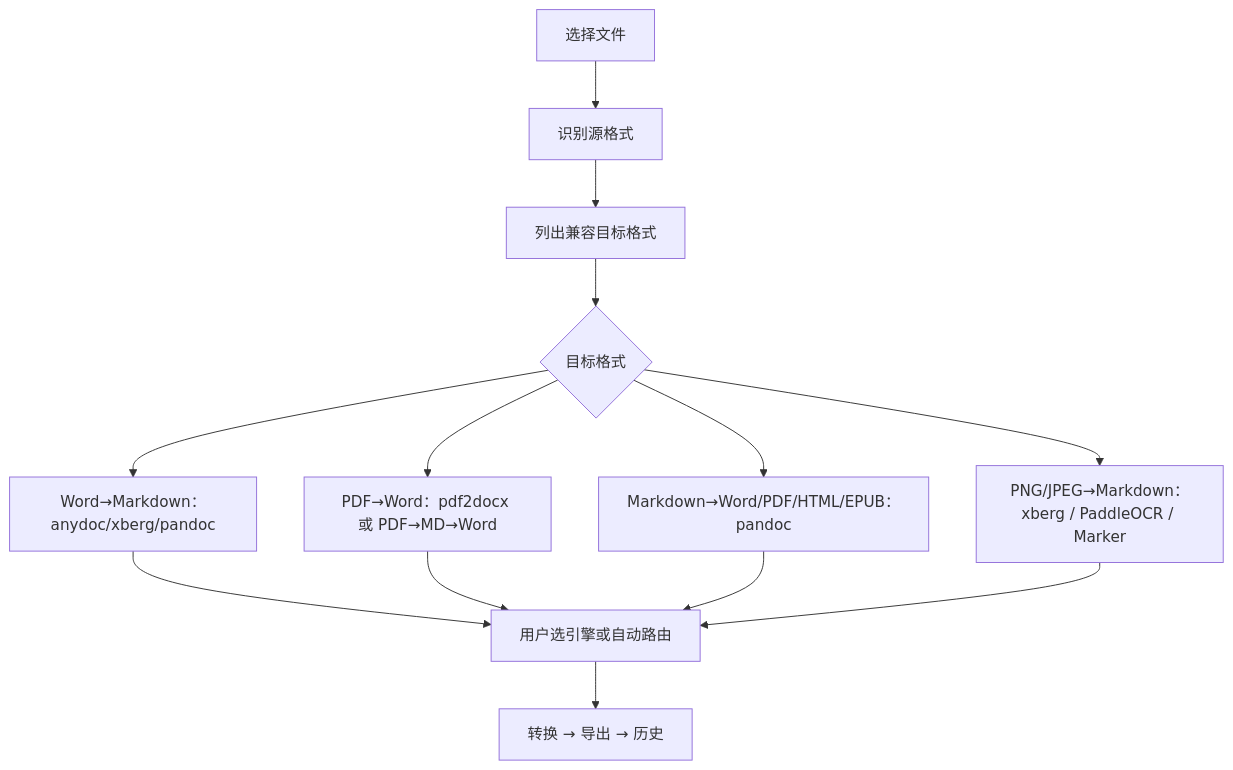
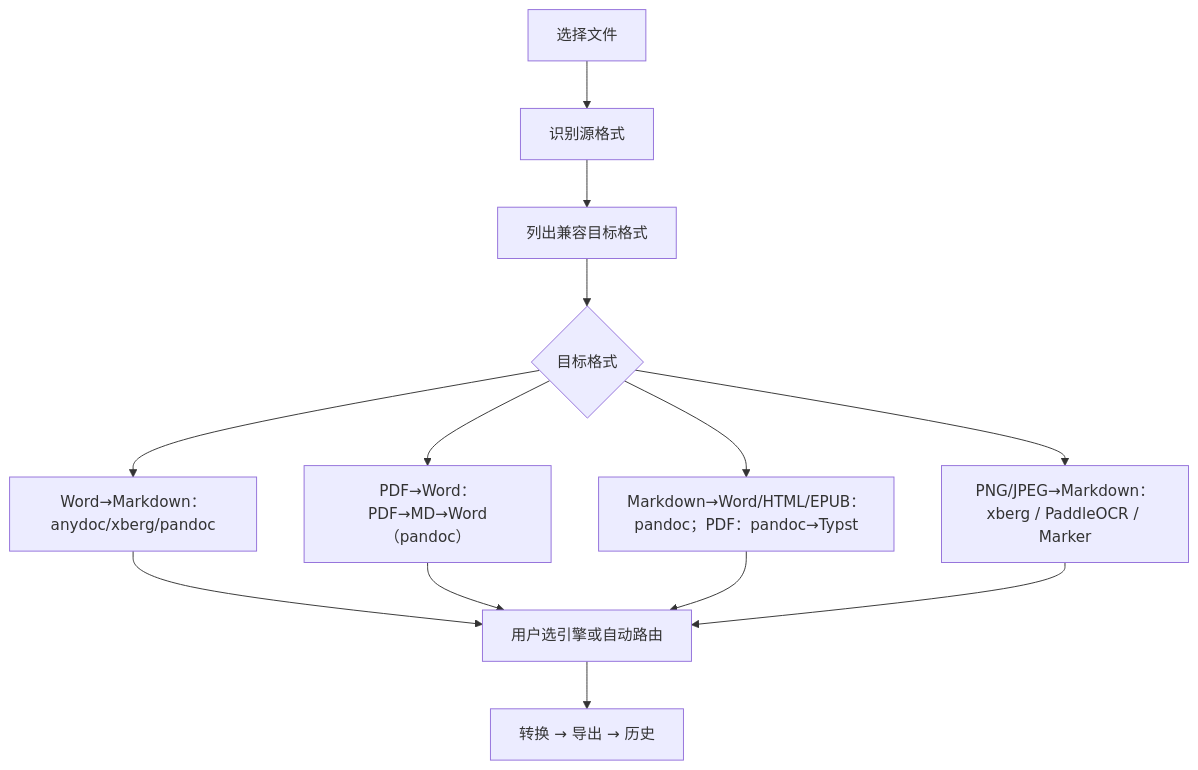
Before and after one commit to 987763485/ManoDoc: diagram 18 of 21 in docs/superpowers/软件功能设计说明.md, drawn with Mermaid. The commit also changed other lines of this file and 9 other files, not shown here.

````diff
--- a/docs/superpowers/软件功能设计说明.md
+++ b/docs/superpowers/软件功能设计说明.md
@@ -487,15 +487,15 @@
 ```mermaid
 flowchart TD
   A["选择文件"] --> B["识别源格式"]
   B --> C["列出兼容目标格式"]
   C --> D{"目标格式"}
   D --> E["Word→Markdown：anydoc/xberg/pandoc"]
-  D --> F["PDF→Word：pdf2docx 或 PDF→MD→Word"]
-  D --> G["Markdown→Word/PDF/HTML/EPUB：pandoc"]
+  D --> F["PDF→Word：PDF→MD→Word（pandoc）"]
+  D --> G["Markdown→Word/HTML/EPUB：pandoc；PDF：pandoc→Typst"]
   D --> H["PNG/JPEG→Markdown：xberg / PaddleOCR / Marker"]
   E --> I["用户选引擎或自动路由"]
   F --> I
   G --> I
   H --> I
   I --> J["转换 → 导出 → 历史"]
 ```
````
